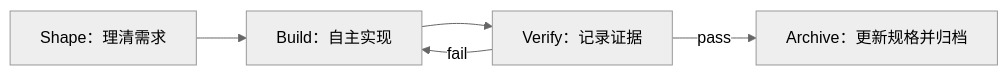
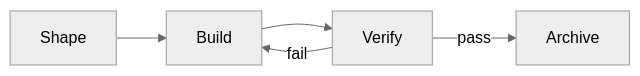
The diagram in zh/concepts/native-workflow.mdx (rpamis/comet-website-docs), drawn with Mermaid (neutral theme) before and after one commit. The commit also changed other lines of this file and 85 other files, not shown here.

````diff
--- a/zh/concepts/native-workflow.mdx
+++ b/zh/concepts/native-workflow.mdx
@@ -65,7 +50,7 @@
 ```mermaid
 flowchart LR
-  A["Shape：理清需求"] --> B["Build：自主实现"]
-  B --> C["Verify：记录证据"]
-  C -->|pass| D["Archive：更新规格并归档"]
-  C -->|fail| B
+  S["Shape"] --> B["Build"]
+  B --> V["Verify"]
+  V -->|pass| A["Archive"]
+  V -->|fail| B
 ```
````
